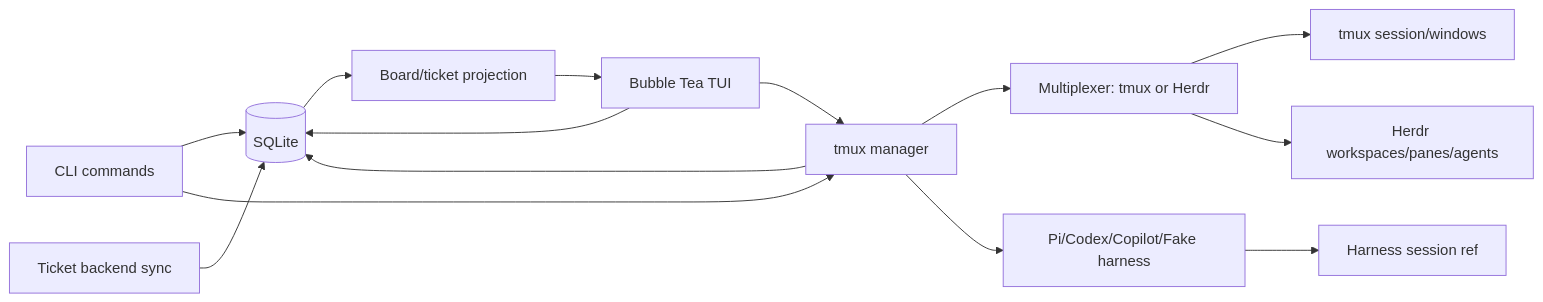
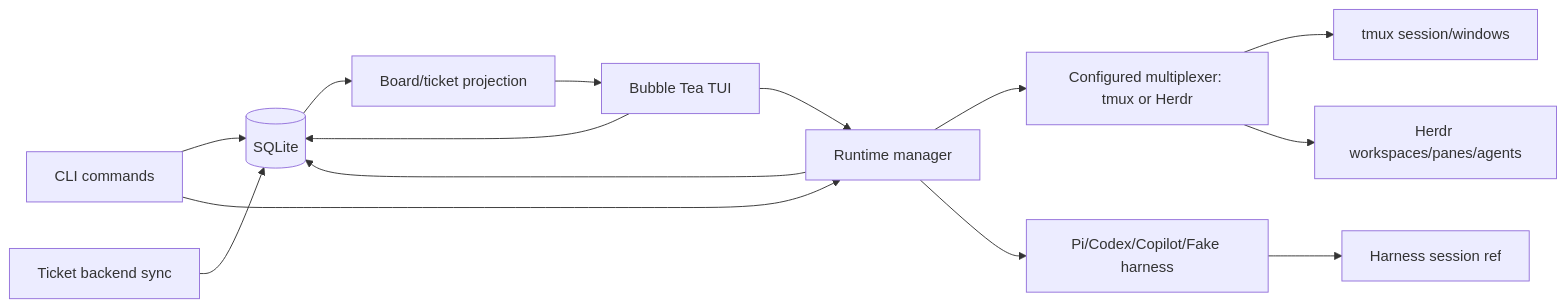
Before and after one commit to carlotran4/kanbi: the first of 5 diagrams in docs/architecture.md, drawn with Mermaid. The commit also changed other lines of this file and 12 other files, not shown here.

````diff
--- a/docs/architecture.md
+++ b/docs/architecture.md
@@ -7,16 +7,16 @@
 ```mermaid
 flowchart LR
     CLI[CLI commands] --> Store[(SQLite)]
     TUI[Bubble Tea TUI] --> Store
-    TUI --> Manager[tmux manager]
+    TUI --> Manager[Runtime manager]
     CLI --> Manager
-    Manager --> Mux[Multiplexer: tmux or Herdr]
+    Manager --> Mux[Configured multiplexer: tmux or Herdr]
     Mux --> Tmux[tmux session/windows]
     Mux --> Herdr[Herdr workspaces/panes/agents]
     Manager --> Harness[Pi/Codex/Copilot/Fake harness]
     Harness --> Ref[Harness session ref]
     Manager --> Store
     Store --> Projection[Board/ticket projection]
     Projection --> TUI
     Sync[Ticket backend sync] --> Store
 ```
````
